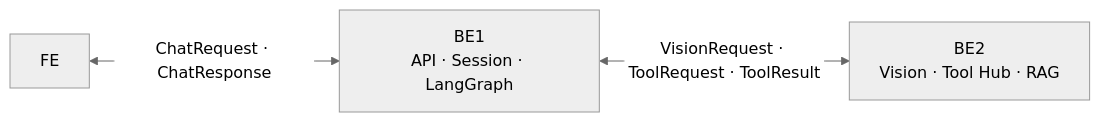
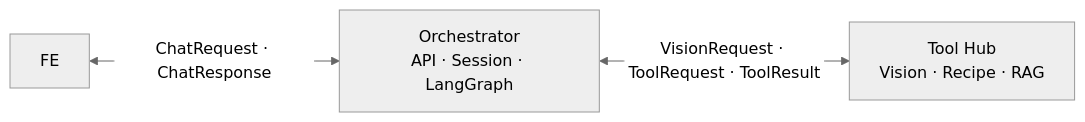
One commit to DongJunee/2026_aio2_p2_PlanEat_Backend changed the third of 3 diagrams in docs/architecture/data-flow.md. Above: the diagram before and after it, drawn with Mermaid (neutral theme). The commit also changed other lines of this file and 51 other files, not shown here.

````diff
--- a/docs/architecture/data-flow.md
+++ b/docs/architecture/data-flow.md
@@ -147,9 +151,9 @@
 ```mermaid
 flowchart LR
     FE[FE]
-    BE1[BE1<br/>API · Session · LangGraph]
-    BE2[BE2<br/>Vision · Tool Hub · RAG]
+    ORCH[Orchestrator<br/>API · Session · LangGraph]
+    HUB[Tool Hub<br/>Vision · Recipe · RAG]
 
-    FE <-->|ChatRequest · ChatResponse| BE1
-    BE1 <-->|VisionRequest · ToolRequest · ToolResult| BE2
+    FE <-->|ChatRequest · ChatResponse| ORCH
+    ORCH <-->|VisionRequest · ToolRequest · ToolResult| HUB
 ```
````
